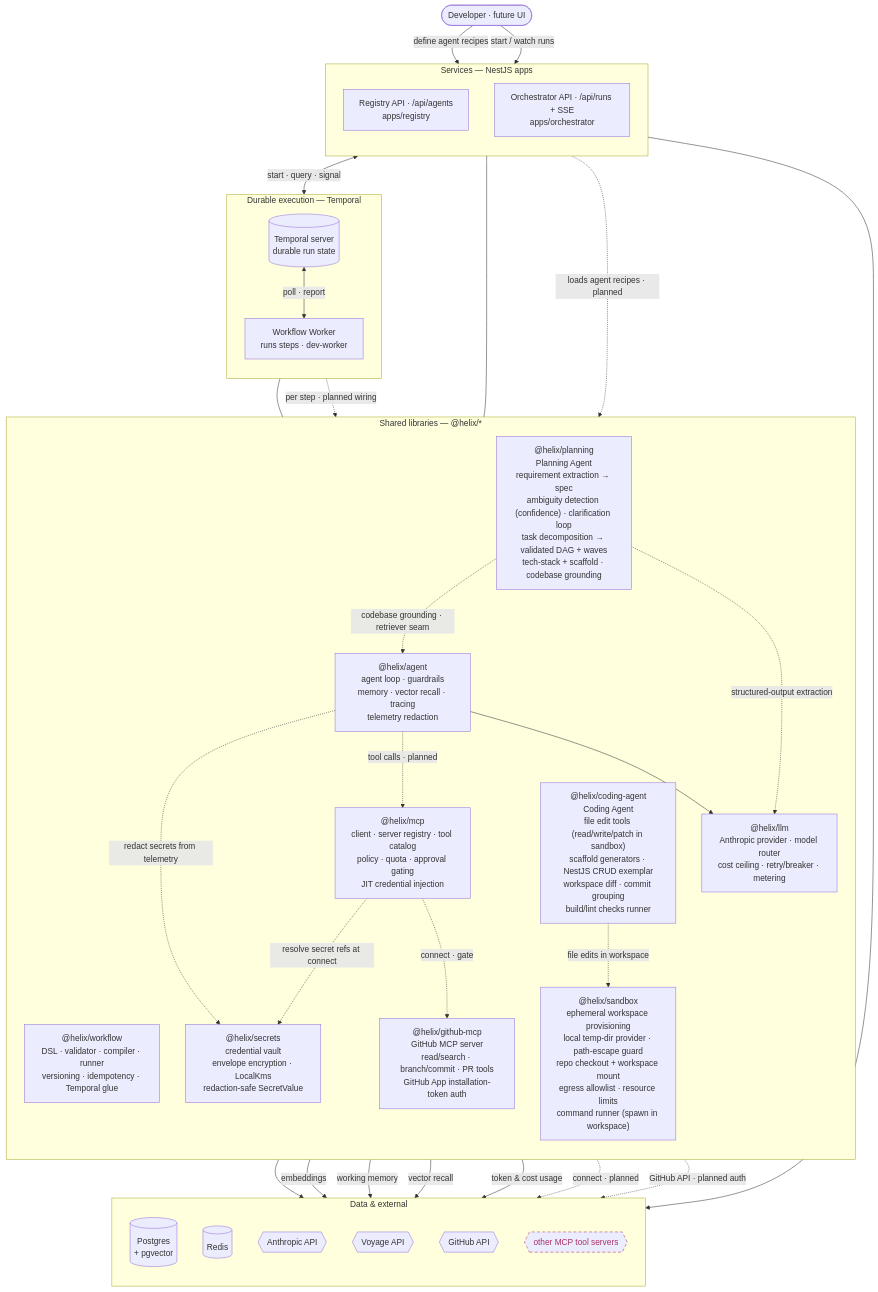
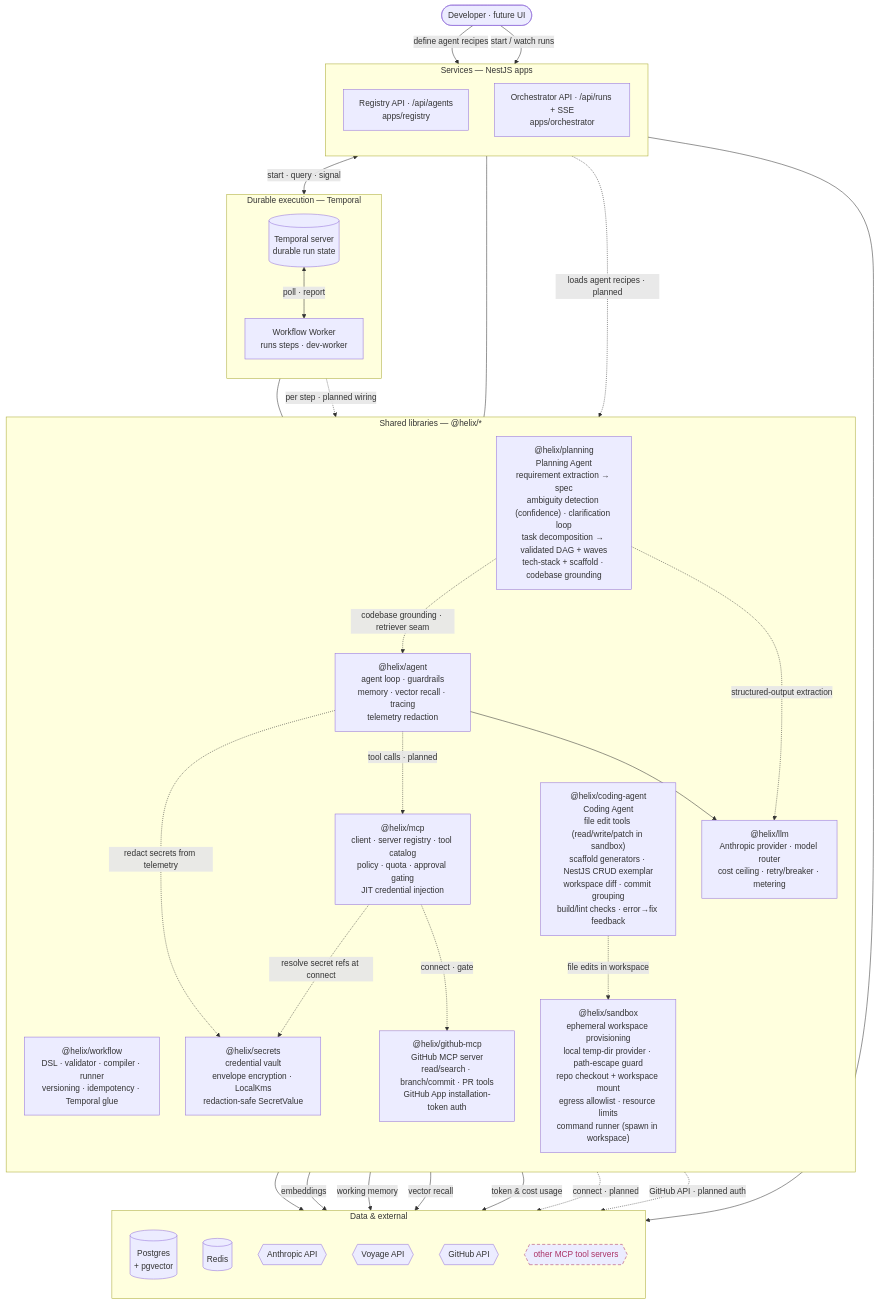
One commit to shhashhank/helix changed the first of 2 diagrams in docs/ARCHITECTURE.md. Above: the diagram before and after it, drawn with Mermaid. The commit also changed 4 other files, not shown here.

First line of the commit message:
HELIX-107: error feedback to fix loop (#69)

````diff
--- a/docs/ARCHITECTURE.md
+++ b/docs/ARCHITECTURE.md
@@ -16,67 +16,67 @@
 ```mermaid
 flowchart TB
   user([Developer · future UI])
 
   subgraph svc["Services — NestJS apps"]
     direction TB
     reg["Registry API · /api/agents<br/>apps/registry"]
     orc["Orchestrator API · /api/runs + SSE<br/>apps/orchestrator"]
   end
 
   subgraph dur["Durable execution — Temporal"]
     direction TB
     tmp[("Temporal server<br/>durable run state")]
     wkr["Workflow Worker<br/>runs steps · dev-worker"]
   end
 
   subgraph lib["Shared libraries — @helix/*"]
     direction TB
     wf["@helix/workflow<br/>DSL · validator · compiler · runner<br/>versioning · idempotency · Temporal glue"]
     ag["@helix/agent<br/>agent loop · guardrails<br/>memory · vector recall · tracing<br/>telemetry redaction"]
     lm["@helix/llm<br/>Anthropic provider · model router<br/>cost ceiling · retry/breaker · metering"]
     mc["@helix/mcp<br/>client · server registry · tool catalog<br/>policy · quota · approval gating<br/>JIT credential injection"]
     gh["@helix/github-mcp<br/>GitHub MCP server<br/>read/search · branch/commit · PR tools<br/>GitHub App installation-token auth"]
     sec["@helix/secrets<br/>credential vault<br/>envelope encryption · LocalKms<br/>redaction-safe SecretValue"]
     pl["@helix/planning<br/>Planning Agent<br/>requirement extraction → spec<br/>ambiguity detection (confidence) · clarification loop<br/>task decomposition → validated DAG + waves<br/>tech-stack + scaffold · codebase grounding"]
     sbx["@helix/sandbox<br/>ephemeral workspace provisioning<br/>local temp-dir provider · path-escape guard<br/>repo checkout + workspace mount<br/>egress allowlist · resource limits<br/>command runner (spawn in workspace)"]
-    cag["@helix/coding-agent<br/>Coding Agent<br/>file edit tools (read/write/patch in sandbox)<br/>scaffold generators · NestJS CRUD exemplar<br/>workspace diff · commit grouping<br/>build/lint checks runner"]
+    cag["@helix/coding-agent<br/>Coding Agent<br/>file edit tools (read/write/patch in sandbox)<br/>scaffold generators · NestJS CRUD exemplar<br/>workspace diff · commit grouping<br/>build/lint checks · error→fix feedback"]
   end
 
   subgraph dat["Data & external"]
     direction TB
     pg[("Postgres<br/>+ pgvector")]
     rd[("Redis")]
     an{{Anthropic API}}
     vo{{Voyage API}}
     gha{{GitHub API}}
     ext{{other MCP tool servers}}
   end
 
   user -->|define agent recipes| reg
   user -->|start / watch runs| orc
   reg --> pg
   orc <-->|start · query · signal| tmp
   tmp <-->|poll · report| wkr
   wkr --- wf
   orc --- wf
   wkr -.->|per step · planned wiring| ag
   reg -.->|loads agent recipes · planned| ag
   ag --> lm
   ag -.->|tool calls · planned| mc
   lm --> an
   ag -->|embeddings| vo
   ag -->|working memory| rd
   ag -->|vector recall| pg
   lm -->|token & cost usage| pg
   mc -.->|connect · gate| gh
   mc -.->|connect · planned| ext
   mc -.->|resolve secret refs at connect| sec
   ag -.->|redact secrets from telemetry| sec
   pl -.->|structured-output extraction| lm
   pl -.->|codebase grounding · retriever seam| ag
   cag -.->|file edits in workspace| sbx
   gh -.->|GitHub API · planned auth| gha
 
   classDef planned stroke-dasharray:6 4,stroke:#a36,color:#a36;
   class ext planned;
 ```
````
